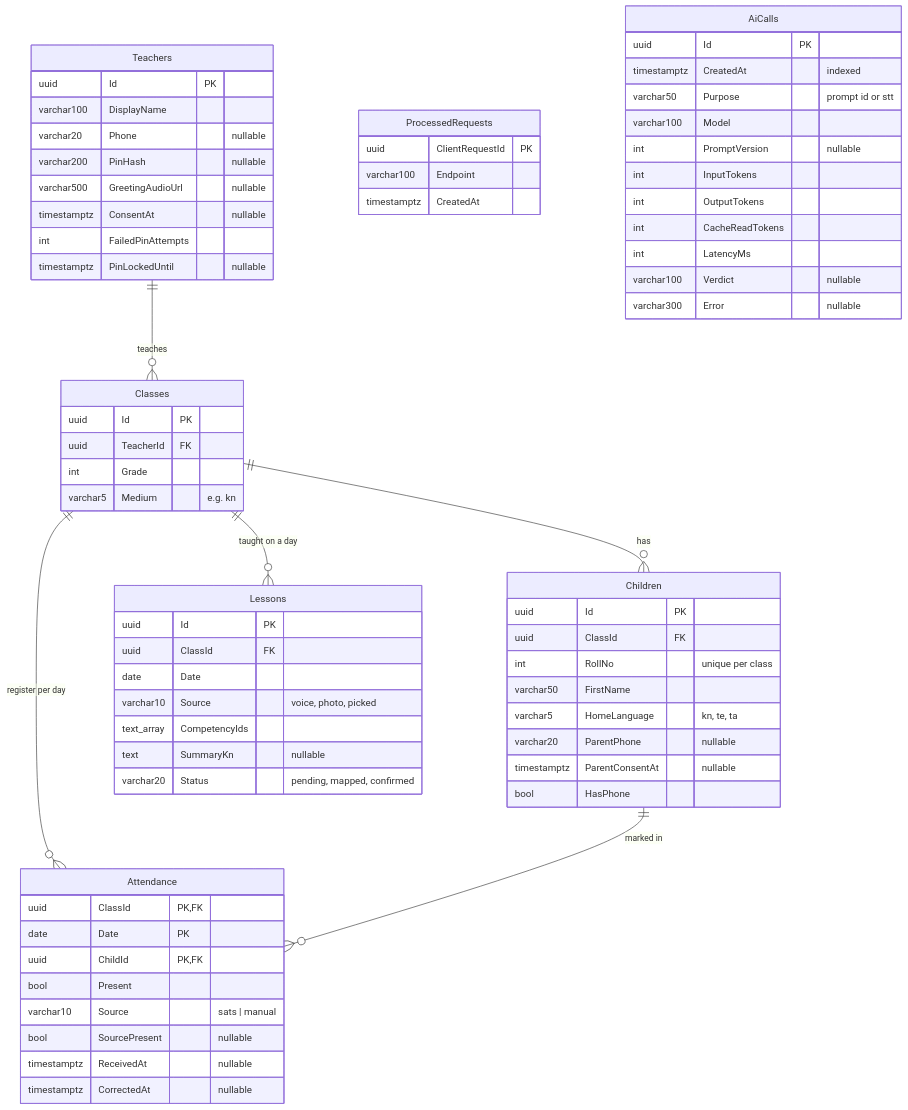
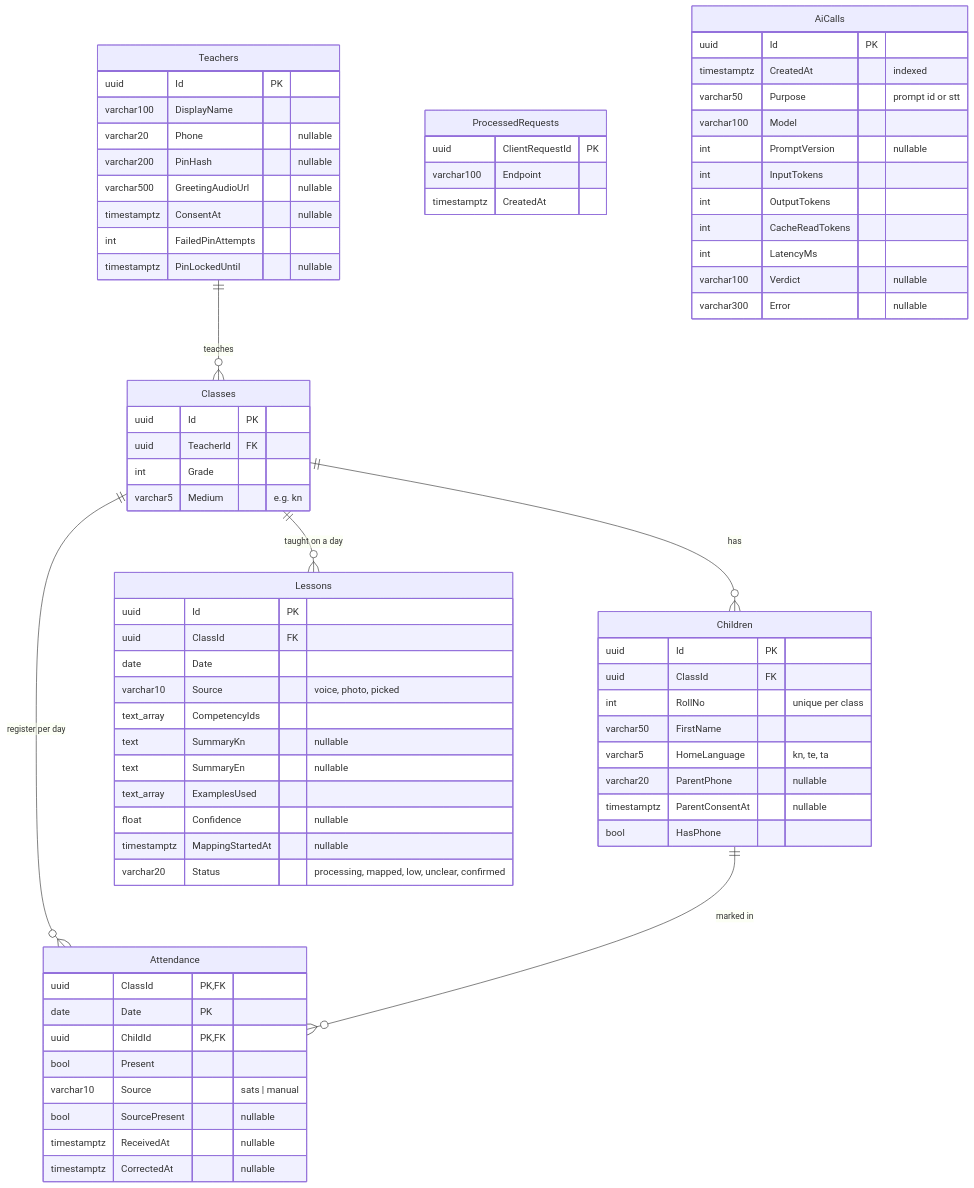
Before and after one commit to rahul-oswal07/slate-ai: the first of 2 diagrams in docs/database.md, drawn with Mermaid. The commit also changed other lines of this file and 51 other files, not shown here.

````diff
--- a/docs/database.md
+++ b/docs/database.md
@@ -13,72 +13,76 @@
 ```mermaid
 erDiagram
     Teachers ||--o{ Classes : teaches
     Classes ||--o{ Children : has
     Classes ||--o{ Attendance : "register per day"
     Children ||--o{ Attendance : "marked in"
     Classes ||--o{ Lessons : "taught on a day"
 
     Teachers {
         uuid Id PK
         varchar100 DisplayName
         varchar20 Phone "nullable"
         varchar200 PinHash "nullable"
         varchar500 GreetingAudioUrl "nullable"
         timestamptz ConsentAt "nullable"
         int FailedPinAttempts
         timestamptz PinLockedUntil "nullable"
     }
     Classes {
         uuid Id PK
         uuid TeacherId FK
         int Grade
         varchar5 Medium "e.g. kn"
     }
     Children {
         uuid Id PK
         uuid ClassId FK
         int RollNo "unique per class"
         varchar50 FirstName
         varchar5 HomeLanguage "kn, te, ta"
         varchar20 ParentPhone "nullable"
         timestamptz ParentConsentAt "nullable"
         bool HasPhone
     }
     Attendance {
         uuid ClassId PK,FK
         date Date PK
         uuid ChildId PK,FK
         bool Present
         varchar10 Source "sats | manual"
         bool SourcePresent "nullable"
         timestamptz ReceivedAt "nullable"
         timestamptz CorrectedAt "nullable"
     }
     Lessons {
         uuid Id PK
         uuid ClassId FK
         date Date
         varchar10 Source "voice, photo, picked"
         text_array CompetencyIds
         text SummaryKn "nullable"
-        varchar20 Status "pending, mapped, confirmed"
+        text SummaryEn "nullable"
+        text_array ExamplesUsed
+        float Confidence "nullable"
+        timestamptz MappingStartedAt "nullable"
+        varchar20 Status "processing, mapped, low, unclear, confirmed"
     }
     ProcessedRequests {
         uuid ClientRequestId PK
         varchar100 Endpoint
         timestamptz CreatedAt
     }
     AiCalls {
         uuid Id PK
         timestamptz CreatedAt "indexed"
         varchar50 Purpose "prompt id or stt"
         varchar100 Model
         int PromptVersion "nullable"
         int InputTokens
         int OutputTokens
         int CacheReadTokens
         int LatencyMs
         varchar100 Verdict "nullable"
         varchar300 Error "nullable"
     }
 ```
````
